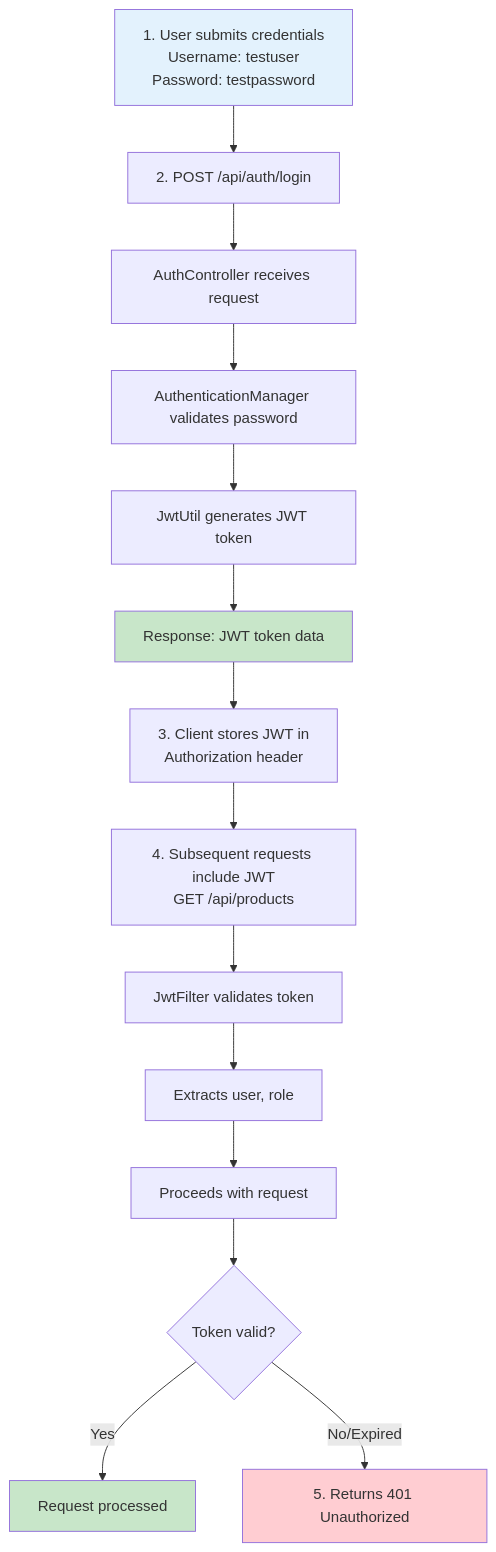
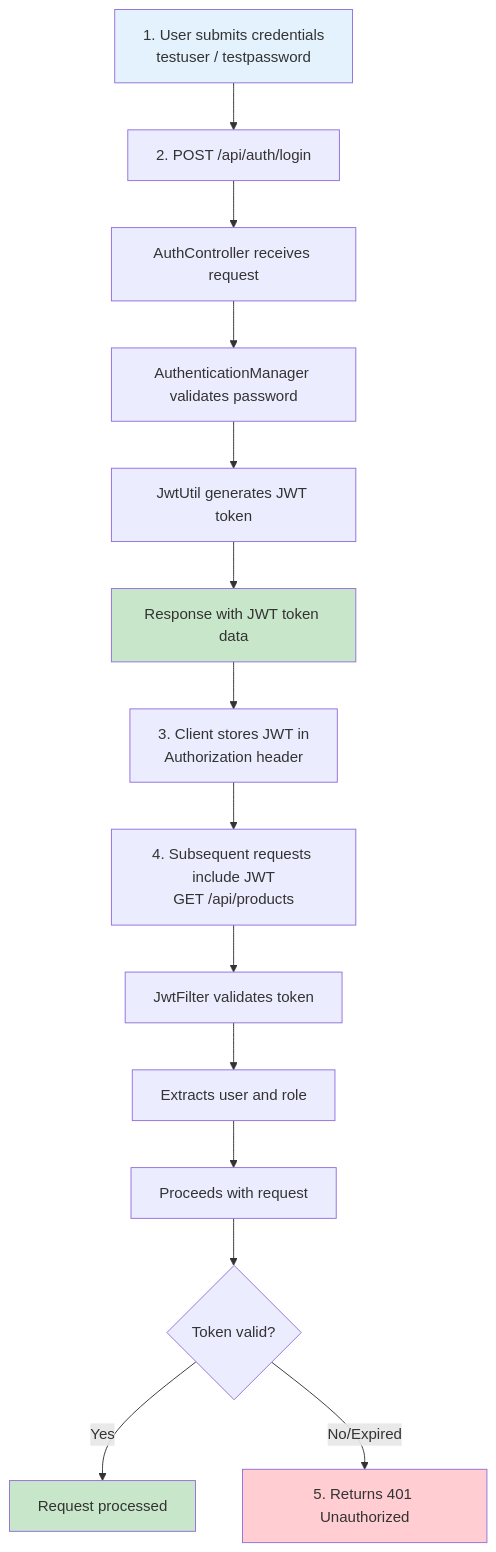
The diagram in docs/architecture/testing/security-tests.md (Keglev/stockease), drawn with Mermaid before and after one commit. The commit also changed 8 other files, not shown here.

Commit message:
fix: Remove colons from mermaid node labels to fix rendering errors

````diff
--- a/docs/architecture/testing/security-tests.md
+++ b/docs/architecture/testing/security-tests.md
@@ -24,25 +24,25 @@
 ```mermaid
 graph TD
-    A[1. User submits credentials<br/>Username: testuser<br/>Password: testpassword] --> B[2. POST /api/auth/login]
+    A[1. User submits credentials<br/>testuser / testpassword] --> B[2. POST /api/auth/login]
     
     B --> C[AuthController receives request]
     C --> D[AuthenticationManager validates password]
     D --> E[JwtUtil generates JWT token]
-    E --> F[Response: JWT token data]
+    E --> F[Response with JWT token data]
     
     F --> G[3. Client stores JWT in<br/>Authorization header]
     G --> H[4. Subsequent requests include JWT<br/>GET /api/products]
     
     H --> I[JwtFilter validates token]
-    I --> J[Extracts user, role]
+    I --> J[Extracts user and role]
     J --> K[Proceeds with request]
     
     K --> L{Token valid?}
     L -->|Yes| M[Request processed]
     L -->|No/Expired| N[5. Returns 401 Unauthorized]
     
     style A fill:#e3f2fd
     style F fill:#c8e6c9
     style M fill:#c8e6c9
     style N fill:#ffcdd2
 ```
````
